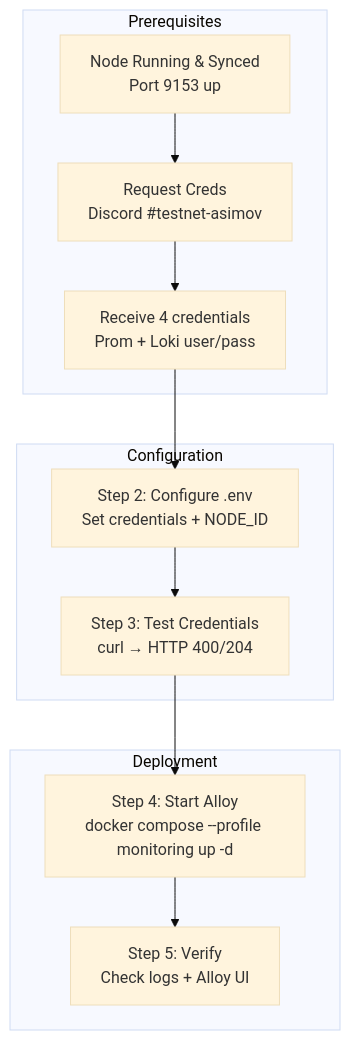
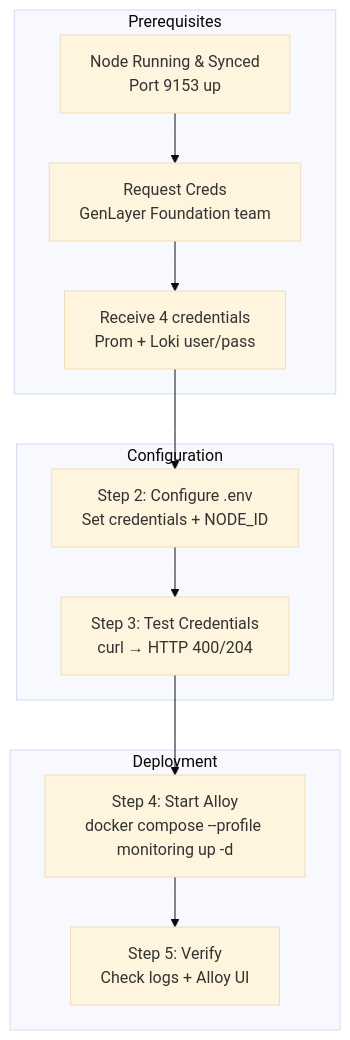
The diagram in plugins/genlayernode/skills/genlayernode/monitoring-procedure.md (genlayerlabs/skills), drawn with Mermaid (base theme) before and after one commit. The commit also changed other lines of this file and 13 other files, not shown here.

````diff
--- a/plugins/genlayernode/skills/genlayernode/monitoring-procedure.md
+++ b/plugins/genlayernode/skills/genlayernode/monitoring-procedure.md
@@ -8,17 +8,17 @@
 ```mermaid
 flowchart TD
     subgraph Prerequisites
-        A[Node Running & Synced<br/>Port 9153 up] --> B[Request Creds<br/>Discord #testnet-asimov]
+        A[Node Running & Synced<br/>Port 9153 up] --> B[Request Creds<br/>GenLayer Foundation team]
         B --> C[Receive 4 credentials<br/>Prom + Loki user/pass]
     end
 
     subgraph Configuration
         C --> D[Step 2: Configure .env<br/>Set credentials + NODE_ID]
         D --> E[Step 3: Test Credentials<br/>curl → HTTP 400/204]
     end
 
     subgraph Deployment
         E --> F[Step 4: Start Alloy<br/>docker compose --profile monitoring up -d]
         F --> G[Step 5: Verify<br/>Check logs + Alloy UI]
     end
 ```
````
